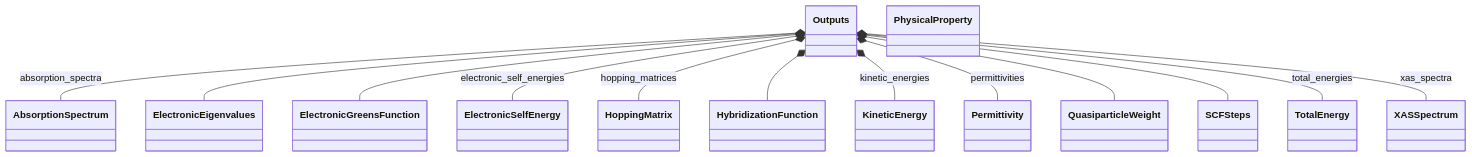
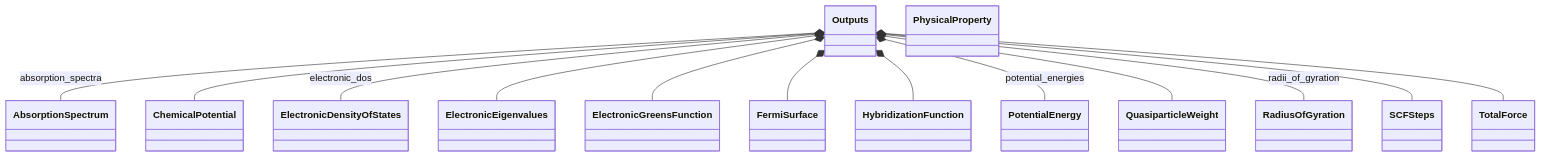
Before and after one commit to FAIRmat-NFDI/nomad-simulations: the second of 2 diagrams in docs/schema/outputs.diagram.md, drawn with Mermaid. The commit also changed 1 other file, not shown here.

Commit message:
linting(2)

````diff
--- a/docs/schema/outputs.diagram.md
+++ b/docs/schema/outputs.diagram.md
@@ -68,43 +68,43 @@
 ```mermaid
 classDiagram
     class AbsorptionSpectrum {
+    }
+    class ChemicalPotential {
+    }
+    class ElectronicDensityOfStates {
     }
     class ElectronicEigenvalues {
     }
     class ElectronicGreensFunction {
     }
-    class ElectronicSelfEnergy {
-    }
-    class HoppingMatrix {
+    class FermiSurface {
     }
     class HybridizationFunction {
     }
-    class KineticEnergy {
-    }
     class Outputs {
-    }
-    class Permittivity {
     }
     class PhysicalProperty {
     }
+    class PotentialEnergy {
+    }
     class QuasiparticleWeight {
+    }
+    class RadiusOfGyration {
     }
     class SCFSteps {
     }
-    class TotalEnergy {
-    }
-    class XASSpectrum {
+    class TotalForce {
     }
     Outputs *-- AbsorptionSpectrum : absorption_spectra
+    Outputs *-- ChemicalPotential
+    Outputs *-- ElectronicDensityOfStates : electronic_dos
     Outputs *-- ElectronicEigenvalues
     Outputs *-- ElectronicGreensFunction
-    Outputs *-- ElectronicSelfEnergy : electronic_self_energies
-    Outputs *-- HoppingMatrix : hopping_matrices
+    Outputs *-- FermiSurface
     Outputs *-- HybridizationFunction
-    Outputs *-- KineticEnergy : kinetic_energies
-    Outputs *-- Permittivity : permittivities
+    Outputs *-- PotentialEnergy : potential_energies
     Outputs *-- QuasiparticleWeight
+    Outputs *-- RadiusOfGyration : radii_of_gyration
     Outputs *-- SCFSteps
-    Outputs *-- TotalEnergy : total_energies
-    Outputs *-- XASSpectrum : xas_spectra
+    Outputs *-- TotalForce
 ```
````
